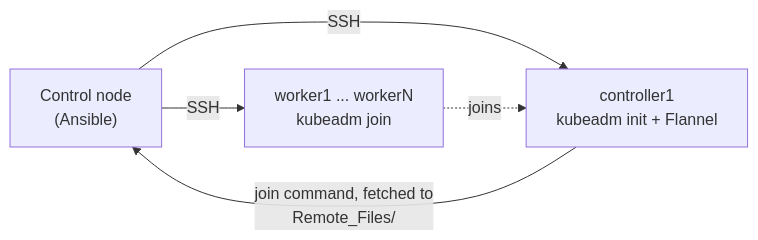
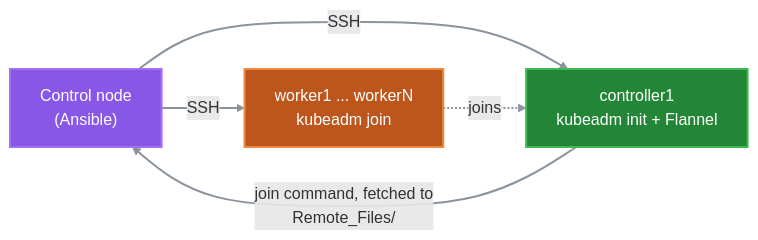
Before and after one commit to raslenraslen/ansible-kubeadm-cluster: the diagram in README.md, drawn with Mermaid.

Commit message:
Color the architecture diagram

````diff
--- a/README.md
+++ b/README.md
@@ -13,7 +13,15 @@
 ```mermaid
 flowchart LR
     A["Control node<br/>(Ansible)"] -- SSH --> C["controller1<br/>kubeadm init + Flannel"]
     A -- SSH --> W["worker1 ... workerN<br/>kubeadm join"]
     C -- "join command, fetched to<br/>Remote_Files/" --> A
     W -. joins .-> C
+
+    classDef client fill:#8957e5,stroke:#a371f7,color:#ffffff,stroke-width:2px
+    classDef controller fill:#238636,stroke:#3fb950,color:#ffffff,stroke-width:2px
+    classDef app fill:#bd561d,stroke:#f0883e,color:#ffffff,stroke-width:2px
+    class A client
+    class C controller
+    class W app
+    linkStyle default stroke:#8b949e,stroke-width:2px
 ```
````
